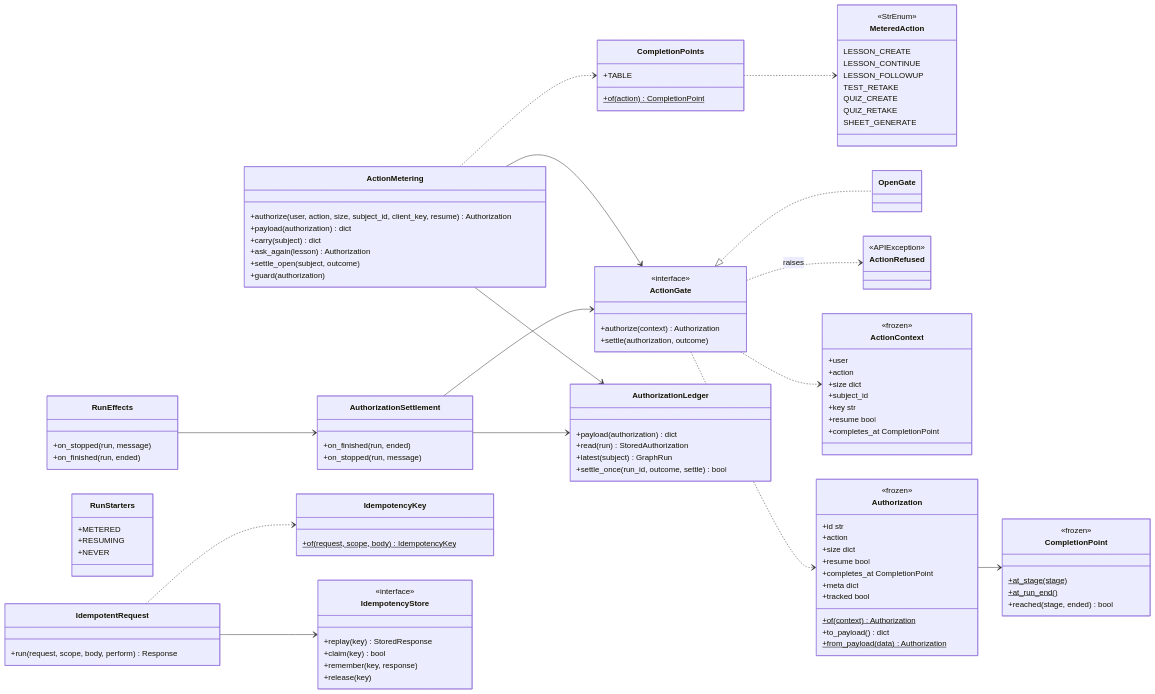
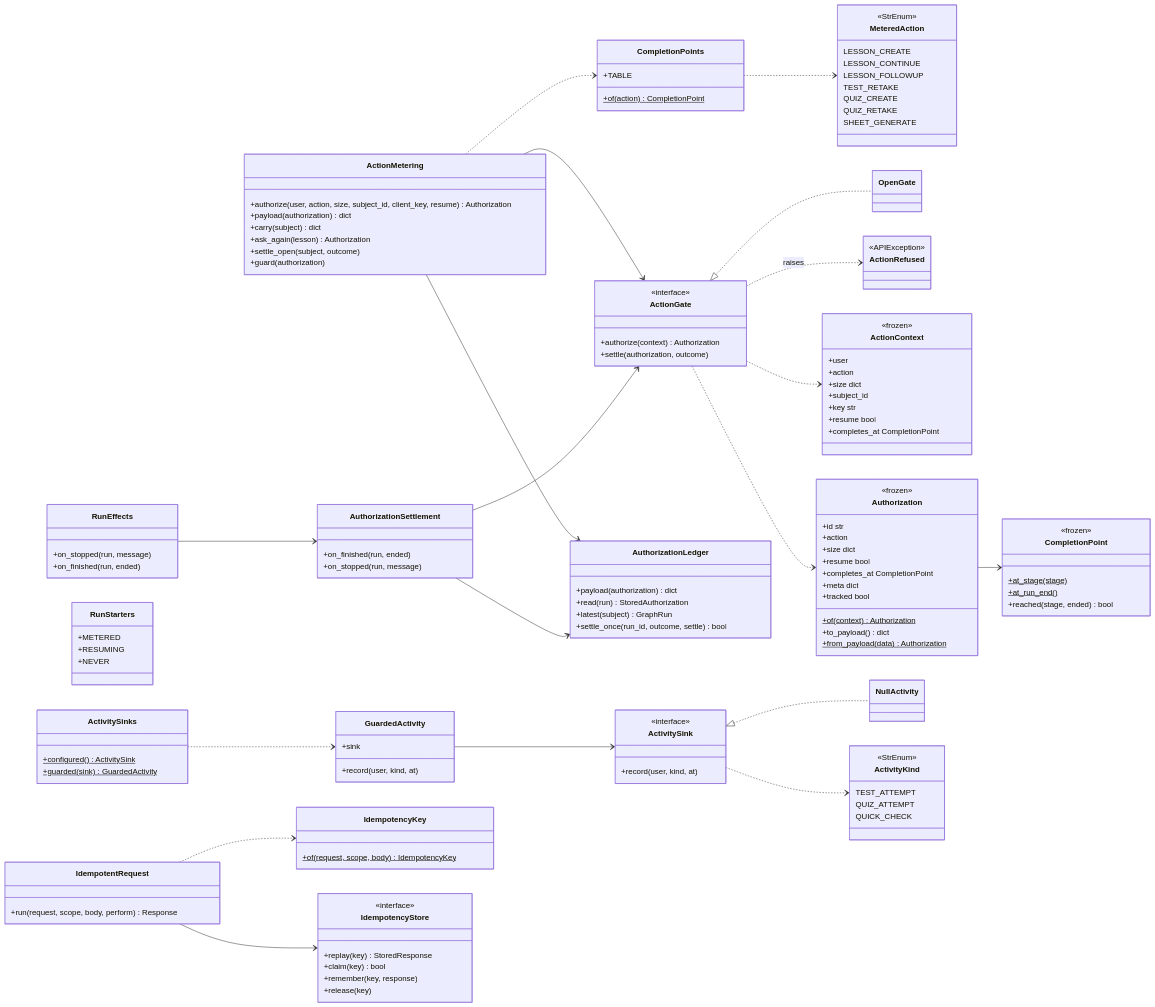
Diagram 22 of 29 in docs/architecture/design.md (Satyamkumarjha4/Intelilearn), drawn with Mermaid before and after one commit. The commit also changed other lines of this file and 7 other files, not shown here.

````diff
--- a/docs/architecture/design.md
+++ b/docs/architecture/design.md
@@ -1998,6 +2025,25 @@
         +RESUMING
         +NEVER
     }
+    class ActivitySink {
+        <<interface>>
+        +record(user, kind, at)
+    }
+    class NullActivity
+    class GuardedActivity {
+        +sink
+        +record(user, kind, at)
+    }
+    class ActivityKind {
+        <<StrEnum>>
+        TEST_ATTEMPT
+        QUIZ_ATTEMPT
+        QUICK_CHECK
+    }
+    class ActivitySinks {
+        +configured()$ ActivitySink
+        +guarded(sink)$ GuardedActivity
+    }
     class IdempotentRequest {
         +run(request, scope, body, perform) Response
     }
@@ -2026,4 +2072,8 @@
     RunEffects --> AuthorizationSettlement
     IdempotentRequest --> IdempotencyStore
     IdempotentRequest ..> IdempotencyKey
+    ActivitySink <|.. NullActivity
+    GuardedActivity --> ActivitySink
+    ActivitySinks ..> GuardedActivity
+    ActivitySink ..> ActivityKind
 ```
````
